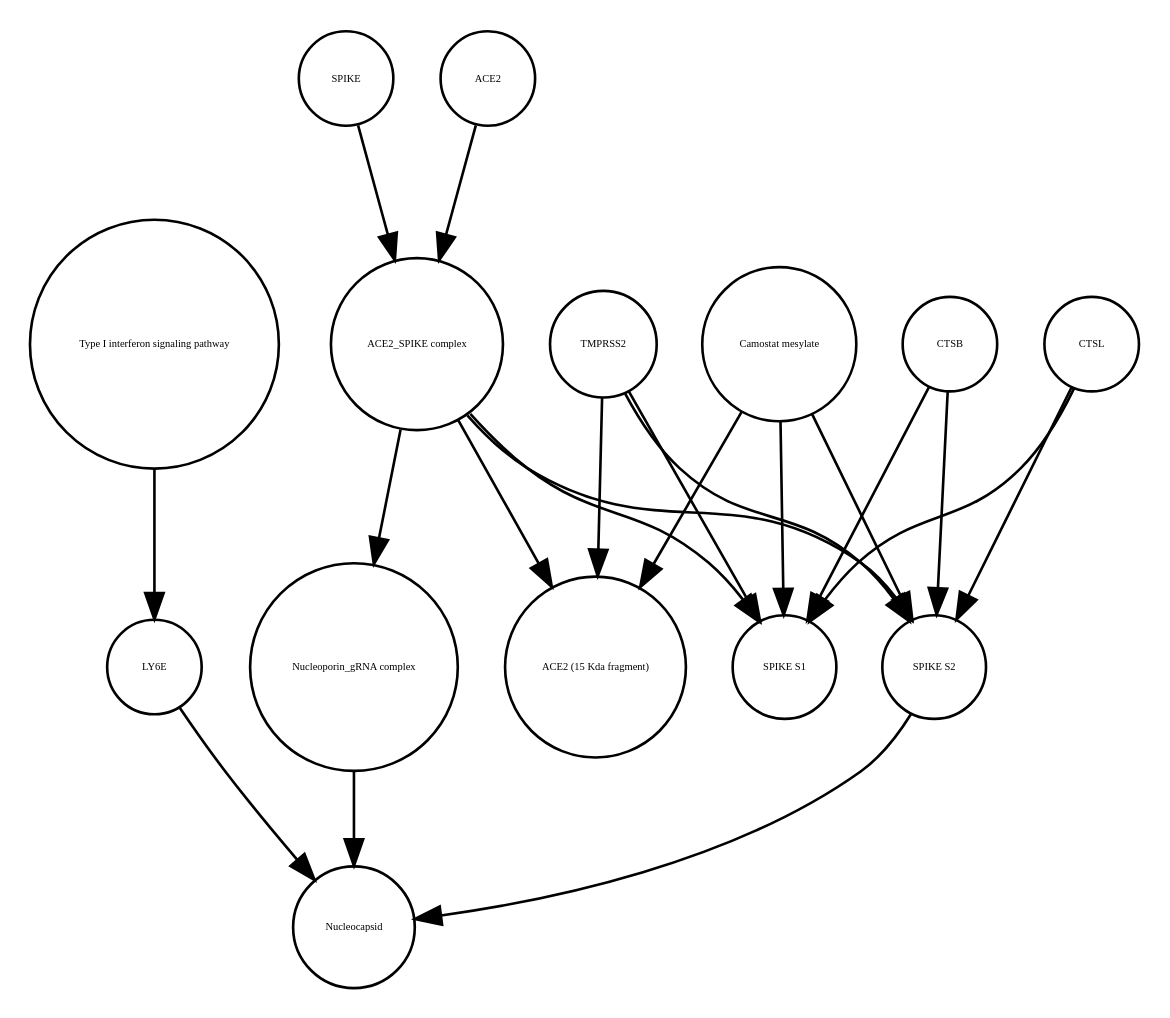
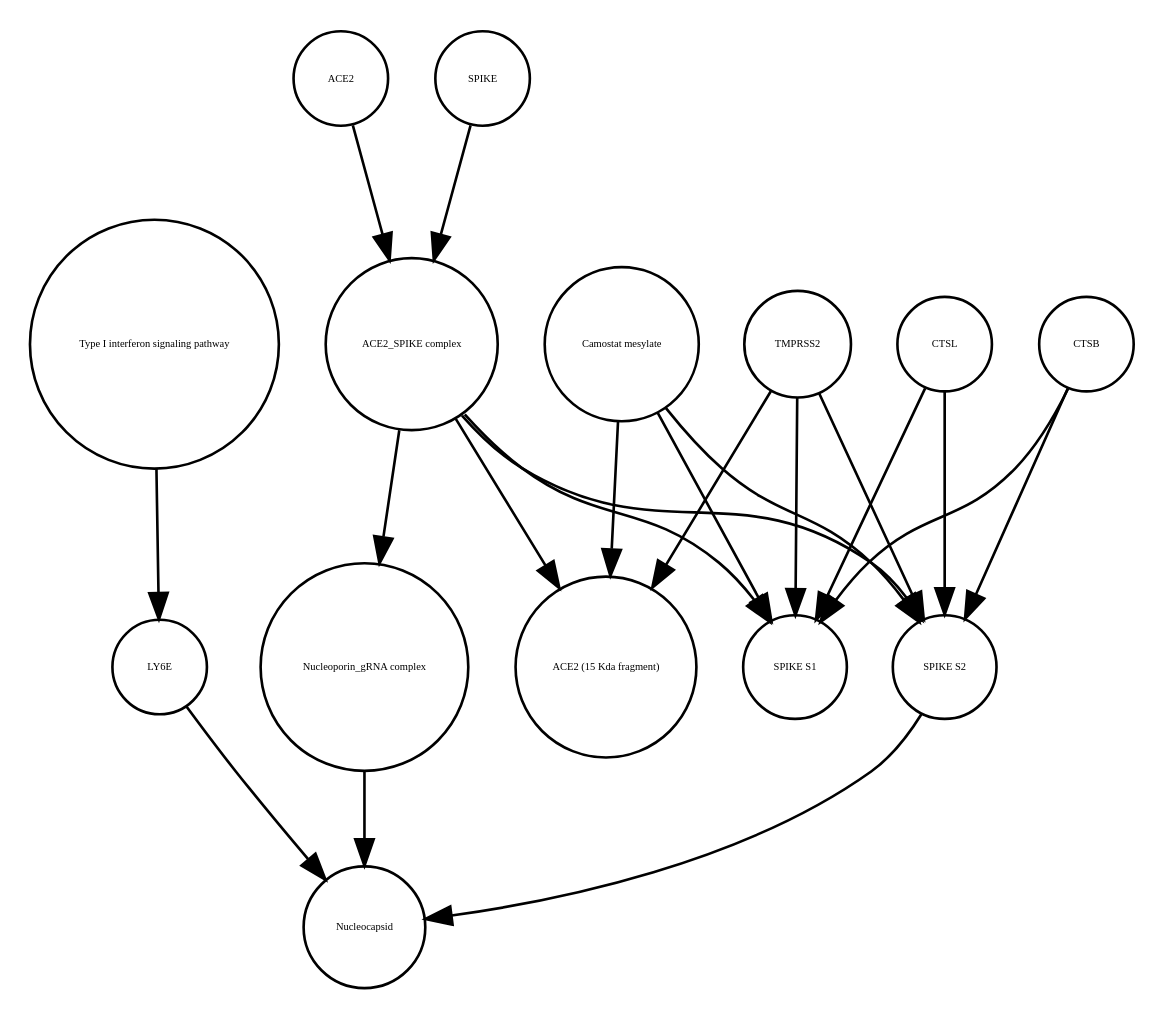
Before and after one commit to cannin/covid19-sbgn: the diagram in Virus_replication_cycle_V01.xml_projected.dot, drawn with Graphviz. The commit also changed 580 other files, not shown here.

```diff
--- a/Virus_replication_cycle_V01.xml_projected.dot
+++ b/Virus_replication_cycle_V01.xml_projected.dot
@@ -1,36 +1,36 @@
 strict digraph  {
 "Type I interferon signaling pathway" [annotation="", bipartite=0, cls=phenotype, fontsize=4, label="Type I interferon signaling pathway", shape=circle];
 LY6E [annotation="", bipartite=0, cls=macromolecule, fontsize=4, label=LY6E, shape=circle];
 "ACE2_SPIKE complex" [annotation="", bipartite=0, cls=complex, fontsize=4, label="ACE2_SPIKE complex", shape=circle];
+ACE2 [annotation="", bipartite=0, cls=macromolecule, fontsize=4, label=ACE2, shape=circle];
+"Camostat mesylate" [annotation="urn_miriam_pubchem.compound_2536", bipartite=0, cls="simple chemical", fontsize=4, label="Camostat mesylate", shape=circle];
+Nucleocapsid [annotation="", bipartite=0, cls=complex, fontsize=4, label=Nucleocapsid, shape=circle];
+"ACE2 (15 Kda fragment)" [annotation="", bipartite=0, cls=macromolecule, fontsize=4, label="ACE2 (15 Kda fragment)", shape=circle];
+"SPIKE S2" [annotation="", bipartite=0, cls=macromolecule, fontsize=4, label="SPIKE S2", shape=circle];
 SPIKE [annotation="", bipartite=0, cls="macromolecule multimer", fontsize=4, label=SPIKE, shape=circle];
-"SPIKE S2" [annotation="", bipartite=0, cls=macromolecule, fontsize=4, label="SPIKE S2", shape=circle];
-Nucleocapsid [annotation="", bipartite=0, cls=complex, fontsize=4, label=Nucleocapsid, shape=circle];
+CTSB [annotation="", bipartite=0, cls=macromolecule, fontsize=4, label=CTSB, shape=circle];
+CTSL [annotation="", bipartite=0, cls=macromolecule, fontsize=4, label=CTSL, shape=circle];
+"Nucleoporin_gRNA complex " [annotation="", bipartite=0, cls=complex, fontsize=4, label="Nucleoporin_gRNA complex ", shape=circle];
 TMPRSS2 [annotation="", bipartite=0, cls=macromolecule, fontsize=4, label=TMPRSS2, shape=circle];
-"Camostat mesylate" [annotation="urn_miriam_pubchem.compound_2536", bipartite=0, cls="simple chemical", fontsize=4, label="Camostat mesylate", shape=circle];
-CTSL [annotation="", bipartite=0, cls=macromolecule, fontsize=4, label=CTSL, shape=circle];
 "SPIKE S1" [annotation="", bipartite=0, cls=macromolecule, fontsize=4, label="SPIKE S1", shape=circle];
-ACE2 [annotation="", bipartite=0, cls=macromolecule, fontsize=4, label=ACE2, shape=circle];
-CTSB [annotation="", bipartite=0, cls=macromolecule, fontsize=4, label=CTSB, shape=circle];
-"Nucleoporin_gRNA complex " [annotation="", bipartite=0, cls=complex, fontsize=4, label="Nucleoporin_gRNA complex ", shape=circle];
-"ACE2 (15 Kda fragment)" [annotation="", bipartite=0, cls=macromolecule, fontsize=4, label="ACE2 (15 Kda fragment)", shape=circle];
 "Type I interferon signaling pathway" -> LY6E  [annotation="", interaction_type=stimulation];
-LY6E -> Nucleocapsid  [annotation="urn_miriam_doi_10.1101%2F2020.03.05.979260", interaction_type=inhibition];
+LY6E -> Nucleocapsid  [annotation="urn_miriam_doi_10.1101%2F2020.03.05.979260|urn_miriam_pubmed_32142651|urn_miriam_pubmed_32094589", interaction_type=inhibition];
 "ACE2_SPIKE complex" -> "SPIKE S1"  [annotation="", interaction_type=production];
+"ACE2_SPIKE complex" -> "ACE2 (15 Kda fragment)"  [annotation="", interaction_type=production];
 "ACE2_SPIKE complex" -> "SPIKE S2"  [annotation="", interaction_type=production];
 "ACE2_SPIKE complex" -> "Nucleoporin_gRNA complex "  [annotation="urn_miriam_pubmed_32142651|urn_miriam_pubmed_32094589", interaction_type=stimulation];
-"ACE2_SPIKE complex" -> "ACE2 (15 Kda fragment)"  [annotation="", interaction_type=production];
+ACE2 -> "ACE2_SPIKE complex"  [annotation="", interaction_type=production];
+"Camostat mesylate" -> "SPIKE S1"  [annotation="urn_miriam_pubmed_32142651|urn_miriam_pubmed_32094589|urn_miriam_pubmed_24227843", interaction_type=inhibition];
+"Camostat mesylate" -> "ACE2 (15 Kda fragment)"  [annotation="urn_miriam_pubmed_32142651|urn_miriam_pubmed_32094589|urn_miriam_pubmed_24227843", interaction_type=inhibition];
+"Camostat mesylate" -> "SPIKE S2"  [annotation="urn_miriam_pubmed_32142651|urn_miriam_pubmed_32094589|urn_miriam_pubmed_24227843", interaction_type=inhibition];
+"SPIKE S2" -> Nucleocapsid  [annotation="urn_miriam_doi_10.1101%2F2020.03.05.979260|urn_miriam_pubmed_32142651|urn_miriam_pubmed_32094589", interaction_type=stimulation];
 SPIKE -> "ACE2_SPIKE complex"  [annotation="", interaction_type=production];
-"SPIKE S2" -> Nucleocapsid  [annotation="urn_miriam_doi_10.1101%2F2020.03.05.979260", interaction_type=stimulation];
-TMPRSS2 -> "SPIKE S1"  [annotation="urn_miriam_pubmed_32142651|urn_miriam_pubmed_32094589|urn_miriam_pubmed_24227843", interaction_type=catalysis];
-TMPRSS2 -> "SPIKE S2"  [annotation="urn_miriam_pubmed_32142651|urn_miriam_pubmed_32094589|urn_miriam_pubmed_24227843", interaction_type=catalysis];
-TMPRSS2 -> "ACE2 (15 Kda fragment)"  [annotation="urn_miriam_pubmed_32142651|urn_miriam_pubmed_32094589|urn_miriam_pubmed_24227843", interaction_type=catalysis];
-"Camostat mesylate" -> "SPIKE S1"  [annotation="urn_miriam_pubmed_32142651|urn_miriam_pubmed_32094589|urn_miriam_pubmed_24227843", interaction_type=inhibition];
-"Camostat mesylate" -> "SPIKE S2"  [annotation="urn_miriam_pubmed_32142651|urn_miriam_pubmed_32094589|urn_miriam_pubmed_24227843", interaction_type=inhibition];
-"Camostat mesylate" -> "ACE2 (15 Kda fragment)"  [annotation="urn_miriam_pubmed_32142651|urn_miriam_pubmed_32094589|urn_miriam_pubmed_24227843", interaction_type=inhibition];
+CTSB -> "SPIKE S1"  [annotation=urn_miriam_pubmed_32142651, interaction_type=catalysis];
+CTSB -> "SPIKE S2"  [annotation=urn_miriam_pubmed_32142651, interaction_type=catalysis];
 CTSL -> "SPIKE S1"  [annotation=urn_miriam_pubmed_32142651, interaction_type=catalysis];
 CTSL -> "SPIKE S2"  [annotation=urn_miriam_pubmed_32142651, interaction_type=catalysis];
-ACE2 -> "ACE2_SPIKE complex"  [annotation="", interaction_type=production];
-CTSB -> "SPIKE S1"  [annotation=urn_miriam_pubmed_32142651, interaction_type=catalysis];
-CTSB -> "SPIKE S2"  [annotation=urn_miriam_pubmed_32142651, interaction_type=catalysis];
 "Nucleoporin_gRNA complex " -> Nucleocapsid  [annotation="", interaction_type=production];
+TMPRSS2 -> "SPIKE S1"  [annotation="urn_miriam_pubmed_32142651|urn_miriam_pubmed_32094589|urn_miriam_pubmed_24227843", interaction_type=catalysis];
+TMPRSS2 -> "ACE2 (15 Kda fragment)"  [annotation="urn_miriam_pubmed_32142651|urn_miriam_pubmed_32094589|urn_miriam_pubmed_24227843", interaction_type=catalysis];
+TMPRSS2 -> "SPIKE S2"  [annotation="urn_miriam_pubmed_32142651|urn_miriam_pubmed_32094589|urn_miriam_pubmed_24227843", interaction_type=catalysis];
 }
```
